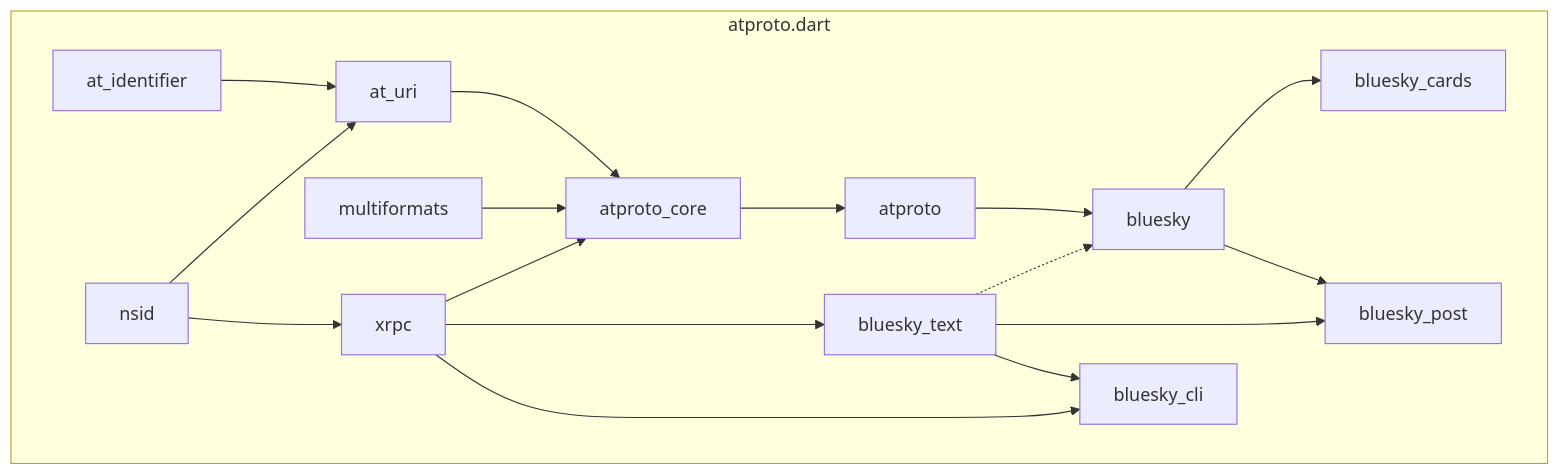
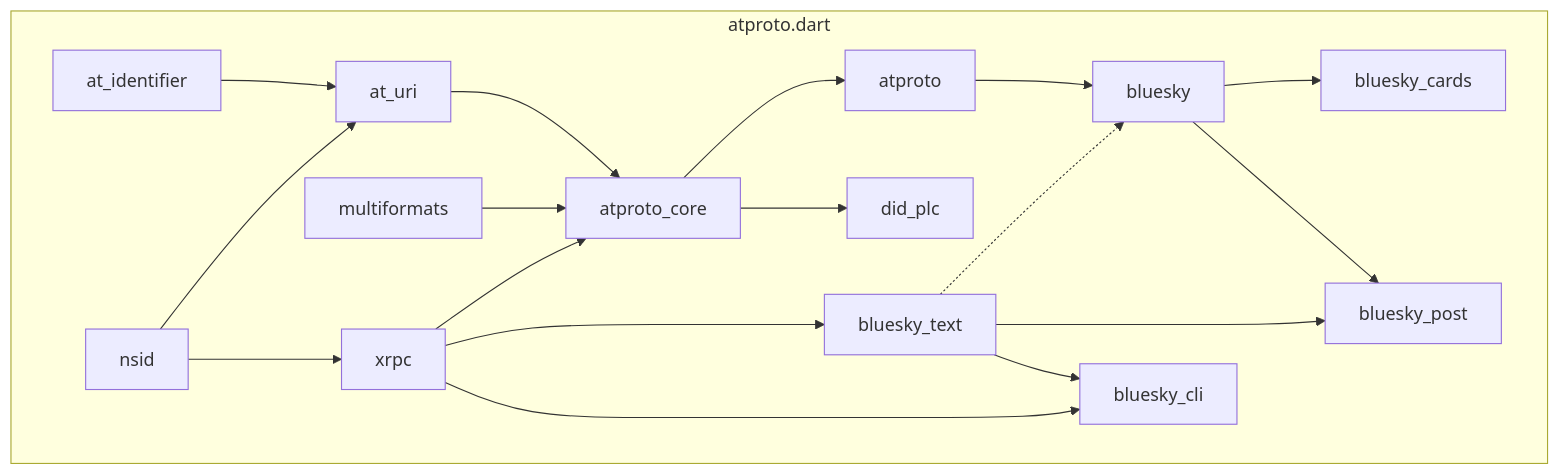
One commit to myConsciousness/atproto.dart changed the diagram in website/docs/packages/overview.md. Above: the diagram before and after it, drawn with Mermaid. The commit also changed other lines of this file, not shown here.

Commit message:
update overview

````diff
--- a/website/docs/packages/overview.md
+++ b/website/docs/packages/overview.md
@@ -58,27 +59,28 @@
 ```mermaid
 flowchart TD
     subgraph atproto.dart
     at_identifier --> at_uri;
     nsid --> at_uri;
     multiformats --> atproto_core;
 
     nsid --> xrpc;
     at_uri --> atproto_core;
     xrpc --> atproto_core;
 
     atproto_core --> atproto;
+    atproto_core --> did_plc;
     atproto --> bluesky;
 
     bluesky --> bluesky_cards
 
     bluesky --> bluesky_post
 
     xrpc --> bluesky_text
 
     xrpc --> bluesky_cli
 
     bluesky_text -.-> bluesky
     bluesky_text --> bluesky_post
     bluesky_text --> bluesky_cli
     end
 ```
````
